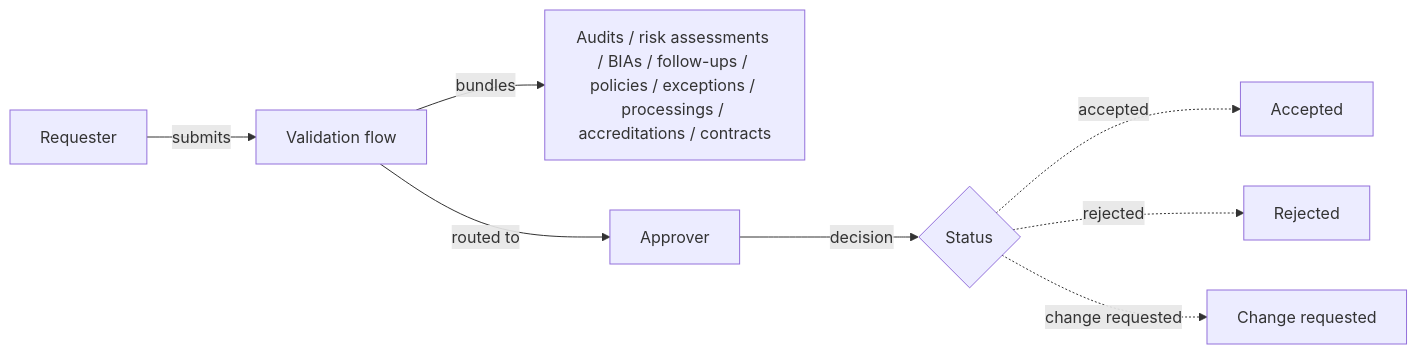
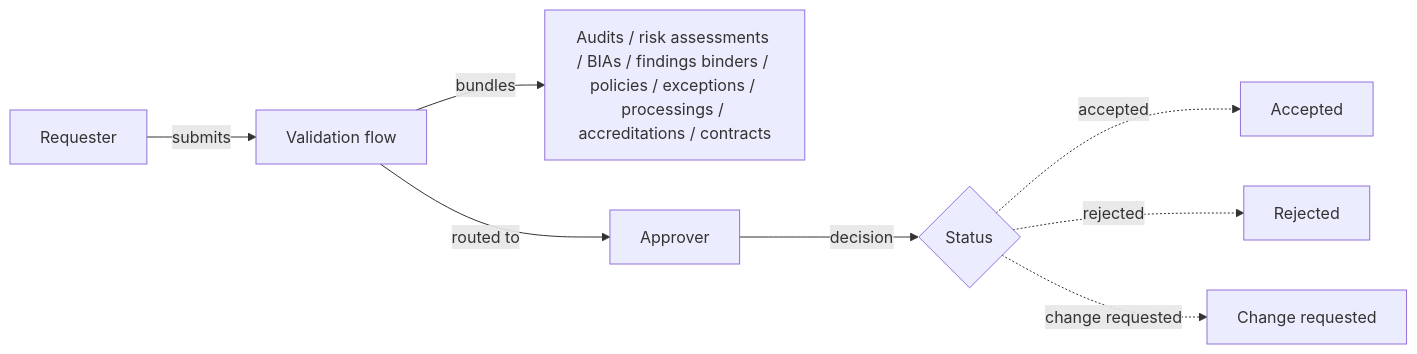
The diagram in product-docs/concepts/validation-flows.md (intuitem/ciso-assistant-community), drawn with Mermaid before and after one commit. The commit also changed other lines of this file and 30 other files, not shown here.

````diff
--- a/product-docs/concepts/validation-flows.md
+++ b/product-docs/concepts/validation-flows.md
@@ -13,10 +13,10 @@
 ```mermaid
 graph LR
   R[Requester] -->|submits| VF[Validation flow]
-  VF -->|bundles| OBJ[Audits / risk assessments / BIAs / follow-ups / policies / exceptions / processings / accreditations / contracts]
+  VF -->|bundles| OBJ[Audits / risk assessments / BIAs / findings binders / policies / exceptions / processings / accreditations / contracts]
   VF -->|routed to| A[Approver]
   A -->|decision| ST{Status}
   ST -.->|accepted| OK[Accepted]
   ST -.->|rejected| KO[Rejected]
   ST -.->|change requested| CR[Change requested]
 ```
````
